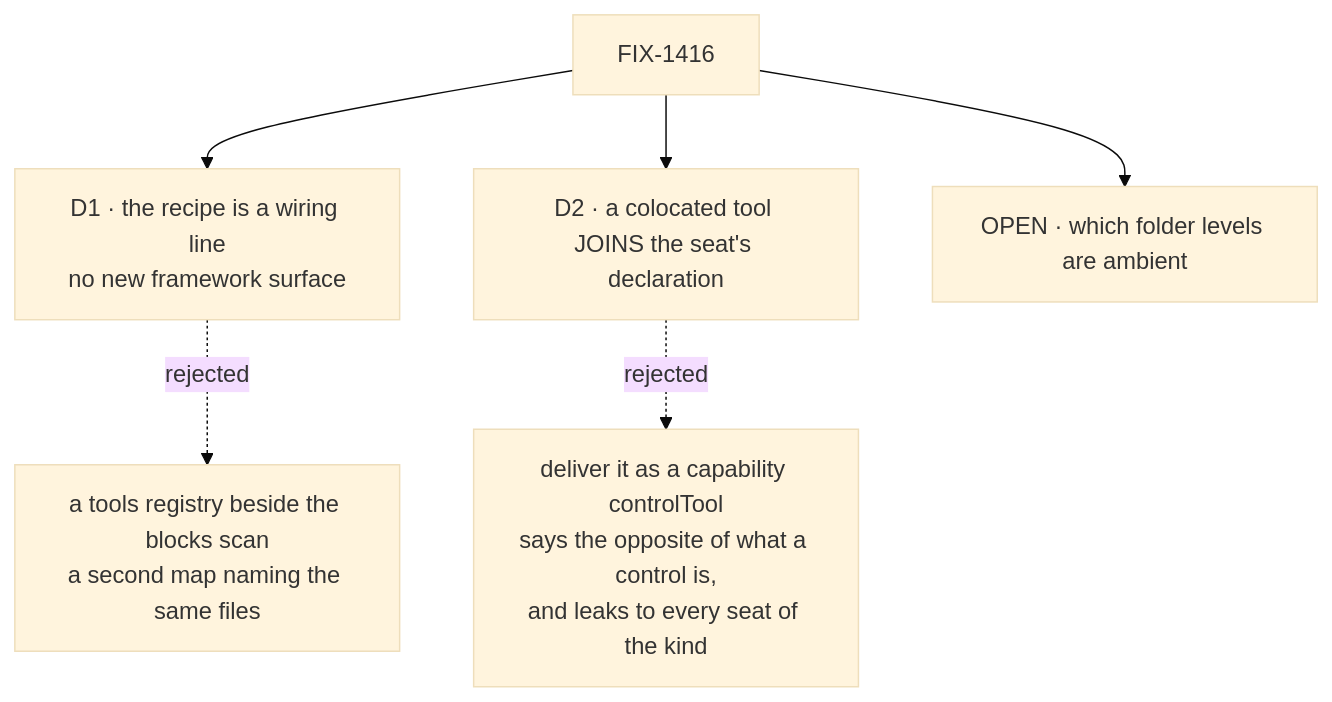
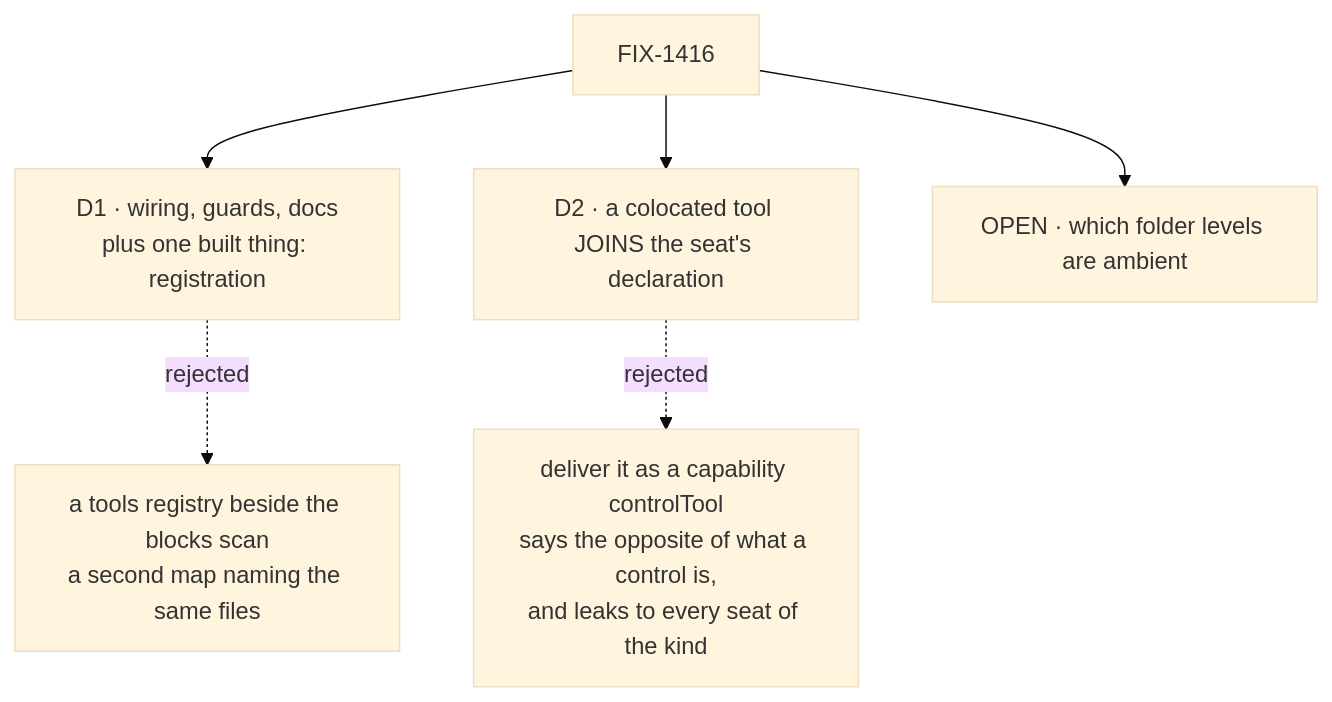
The diagram in spec/FIX-1416/DECISIONS.md (fixpoint-labs/flow-state-dev), drawn with Mermaid (base theme) before and after one commit. The commit also changed other lines of this file and 4 other files, not shown here.

````diff
--- a/spec/FIX-1416/DECISIONS.md
+++ b/spec/FIX-1416/DECISIONS.md
@@ -10,8 +10,8 @@
 ```mermaid
 flowchart TD
-  I["FIX-1416"] --> D1["D1 · the recipe is a wiring line<br/>no new framework surface"]
+  I["FIX-1416"] --> D1["D1 · wiring, guards, docs<br/>plus one built thing: registration"]
   D1 -.->|"rejected"| X1["a tools registry beside the blocks scan<br/>a second map naming the same files"]
   I --> D2["D2 · a colocated tool JOINS the seat's declaration"]
   D2 -.->|"rejected"| X2["deliver it as a capability controlTool<br/>says the opposite of what a control is,<br/>and leaks to every seat of the kind"]
   I --> Q["OPEN · which folder levels are ambient"]
 ```
````
